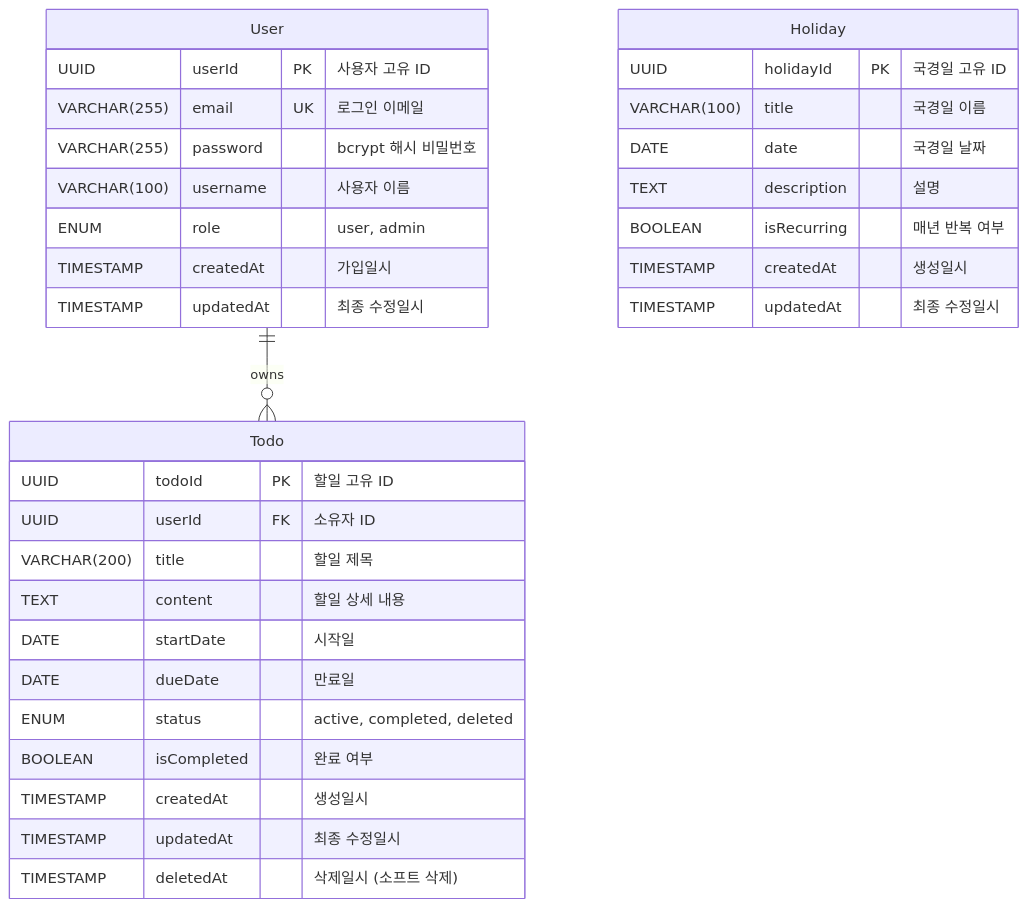
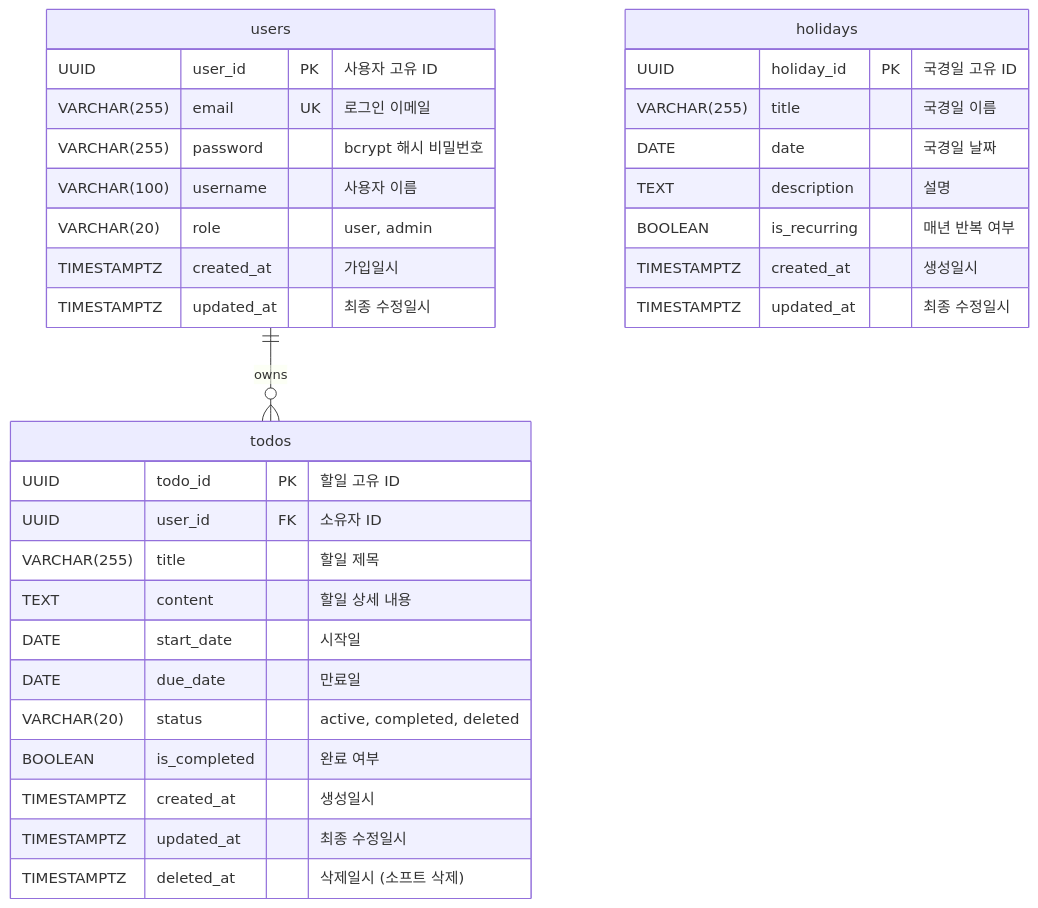
One commit to stephenwon/whs-todolist changed the diagram in docs/6-erd.md. Above: the diagram before and after it, drawn with Mermaid. The commit also changed other lines of this file and 5 other files, not shown here.

````diff
--- a/docs/6-erd.md
+++ b/docs/6-erd.md
@@ -63,38 +64,38 @@
 ```mermaid
 erDiagram
-    User ||--o{ Todo : "owns"
+    users ||--o{ todos : "owns"
 
-    User {
-        UUID userId PK "사용자 고유 ID"
+    users {
+        UUID user_id PK "사용자 고유 ID"
         VARCHAR(255) email UK "로그인 이메일"
         VARCHAR(255) password "bcrypt 해시 비밀번호"
         VARCHAR(100) username "사용자 이름"
-        ENUM role "user, admin"
-        TIMESTAMP createdAt "가입일시"
-        TIMESTAMP updatedAt "최종 수정일시"
+        VARCHAR(20) role "user, admin"
+        TIMESTAMPTZ created_at "가입일시"
+        TIMESTAMPTZ updated_at "최종 수정일시"
     }
 
-    Todo {
-        UUID todoId PK "할일 고유 ID"
-        UUID userId FK "소유자 ID"
-        VARCHAR(200) title "할일 제목"
+    todos {
+        UUID todo_id PK "할일 고유 ID"
+        UUID user_id FK "소유자 ID"
+        VARCHAR(255) title "할일 제목"
         TEXT content "할일 상세 내용"
-        DATE startDate "시작일"
-        DATE dueDate "만료일"
-        ENUM status "active, completed, deleted"
-        BOOLEAN isCompleted "완료 여부"
-        TIMESTAMP createdAt "생성일시"
-        TIMESTAMP updatedAt "최종 수정일시"
-        TIMESTAMP deletedAt "삭제일시 (소프트 삭제)"
+        DATE start_date "시작일"
+        DATE due_date "만료일"
+        VARCHAR(20) status "active, completed, deleted"
+        BOOLEAN is_completed "완료 여부"
+        TIMESTAMPTZ created_at "생성일시"
+        TIMESTAMPTZ updated_at "최종 수정일시"
+        TIMESTAMPTZ deleted_at "삭제일시 (소프트 삭제)"
     }
 
-    Holiday {
-        UUID holidayId PK "국경일 고유 ID"
-        VARCHAR(100) title "국경일 이름"
+    holidays {
+        UUID holiday_id PK "국경일 고유 ID"
+        VARCHAR(255) title "국경일 이름"
         DATE date "국경일 날짜"
         TEXT description "설명"
-        BOOLEAN isRecurring "매년 반복 여부"
-        TIMESTAMP createdAt "생성일시"
-        TIMESTAMP updatedAt "최종 수정일시"
+        BOOLEAN is_recurring "매년 반복 여부"
+        TIMESTAMPTZ created_at "생성일시"
+        TIMESTAMPTZ updated_at "최종 수정일시"
     }
 ```
````
